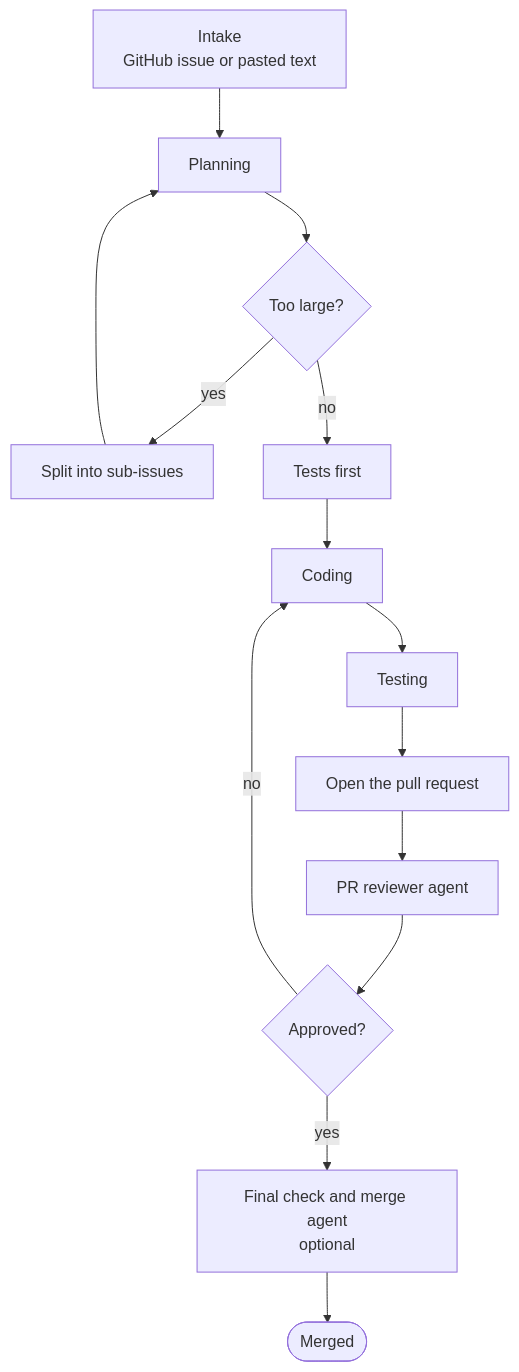
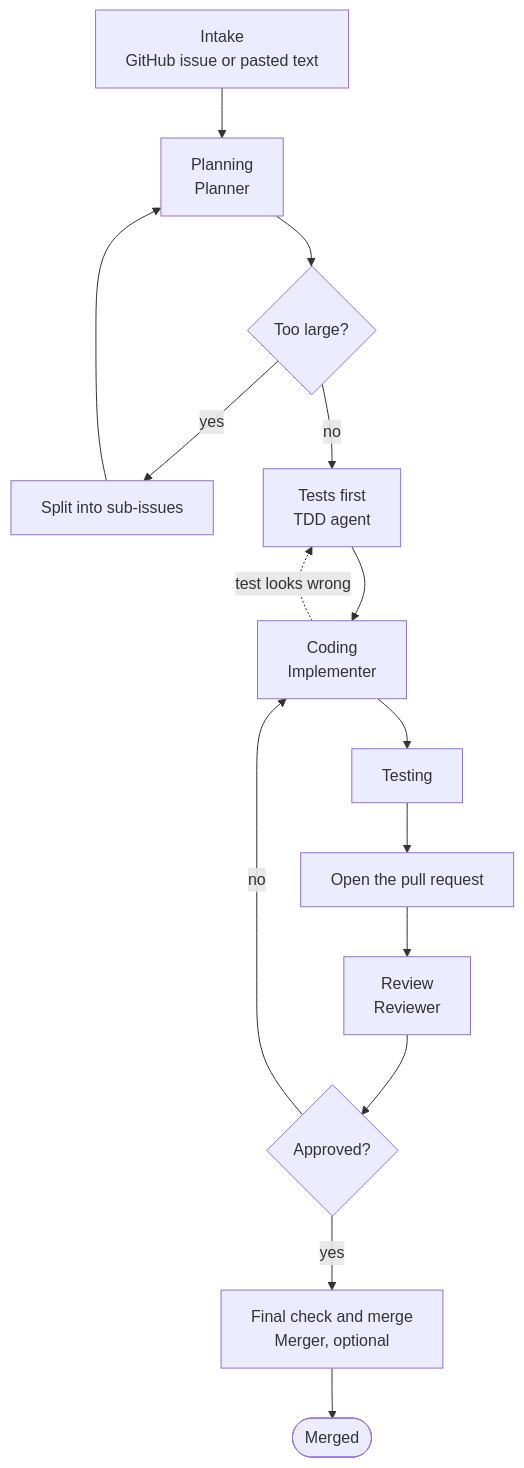
Before and after one commit to thelim3y/agentic-engineering-workflow-legacy: the diagram in README.md, drawn with Mermaid. The commit also changed other lines of this file and 1 other file, not shown here.

Commit message:
docs: define the five agents and split the TDD agent from the Implementer

````diff
--- a/README.md
+++ b/README.md
@@ -22,16 +22,17 @@
 ```mermaid
 flowchart TD
-    ticket["Intake<br/>GitHub issue or pasted text"] --> plan["Planning"]
+    ticket["Intake<br/>GitHub issue or pasted text"] --> plan["Planning<br/>Planner"]
     plan --> large{"Too large?"}
     large -- yes --> split["Split into sub-issues"]
     split --> plan
-    large -- no --> tests["Tests first"]
-    tests --> code["Coding"]
+    large -- no --> tests["Tests first<br/>TDD agent"]
+    tests --> code["Coding<br/>Implementer"]
+    code -. "test looks wrong" .-> tests
     code --> test["Testing"]
     test --> pr["Open the pull request"]
-    pr --> review["PR reviewer agent"]
+    pr --> review["Review<br/>Reviewer"]
     review --> ok{"Approved?"}
     ok -- no --> code
-    ok -- yes --> merge["Final check and merge agent<br/>optional"]
+    ok -- yes --> merge["Final check and merge<br/>Merger, optional"]
     merge --> done(["Merged"])
 ```
````
